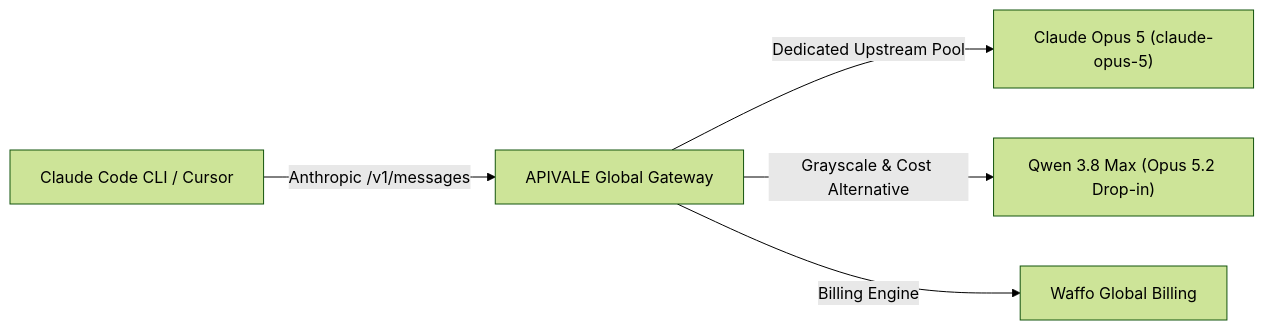
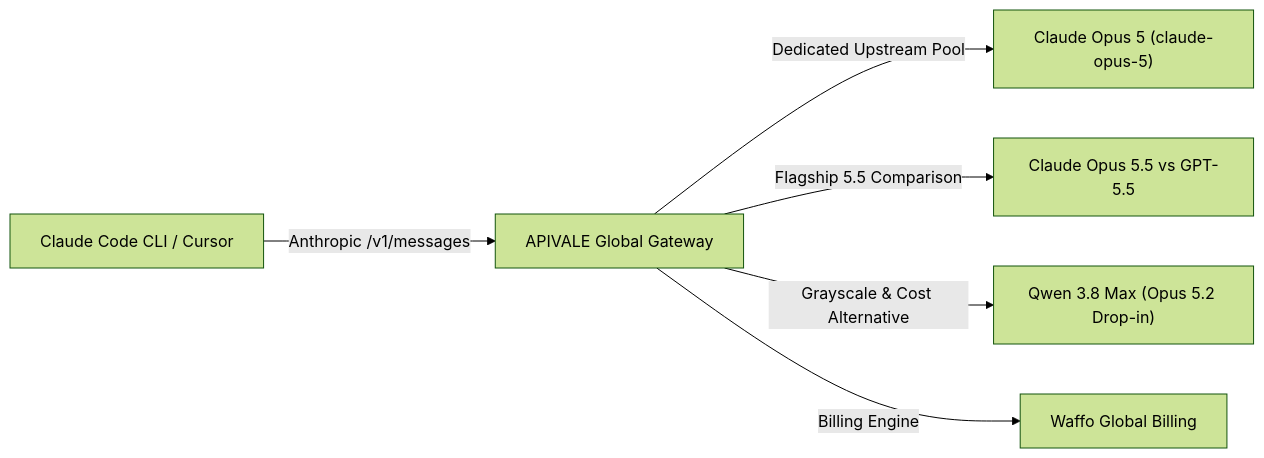
Before and after one commit to bshx2024/apivel_blog: the diagram in src/content/blog/how-to-connect-claude-opus-5-to-claude-code-cli.md, drawn with Mermaid (forest theme). The commit also changed other lines of this file and 5 other files, not shown here.

Commit message:
feat(seo): publish Claude Opus 5.5 vs GPT-5.5 coding cost guide with bidirectional mesh weaving

````diff
--- a/src/content/blog/how-to-connect-claude-opus-5-to-claude-code-cli.md
+++ b/src/content/blog/how-to-connect-claude-opus-5-to-claude-code-cli.md
@@ -49,7 +49,8 @@
 ```mermaid
 graph LR
     A["Claude Code CLI / Cursor"] -->|Anthropic /v1/messages| B["APIVALE Global Gateway"]
     B -->|Dedicated Upstream Pool| C["Claude Opus 5 (claude-opus-5)"]
+    B -->|Flagship 5.5 Comparison| F["Claude Opus 5.5 vs GPT-5.5"]
     B -->|Grayscale & Cost Alternative| D["Qwen 3.8 Max (Opus 5.2 Drop-in)"]
     B -->|Billing Engine| E["Waffo Global Billing"]
 ```
````
